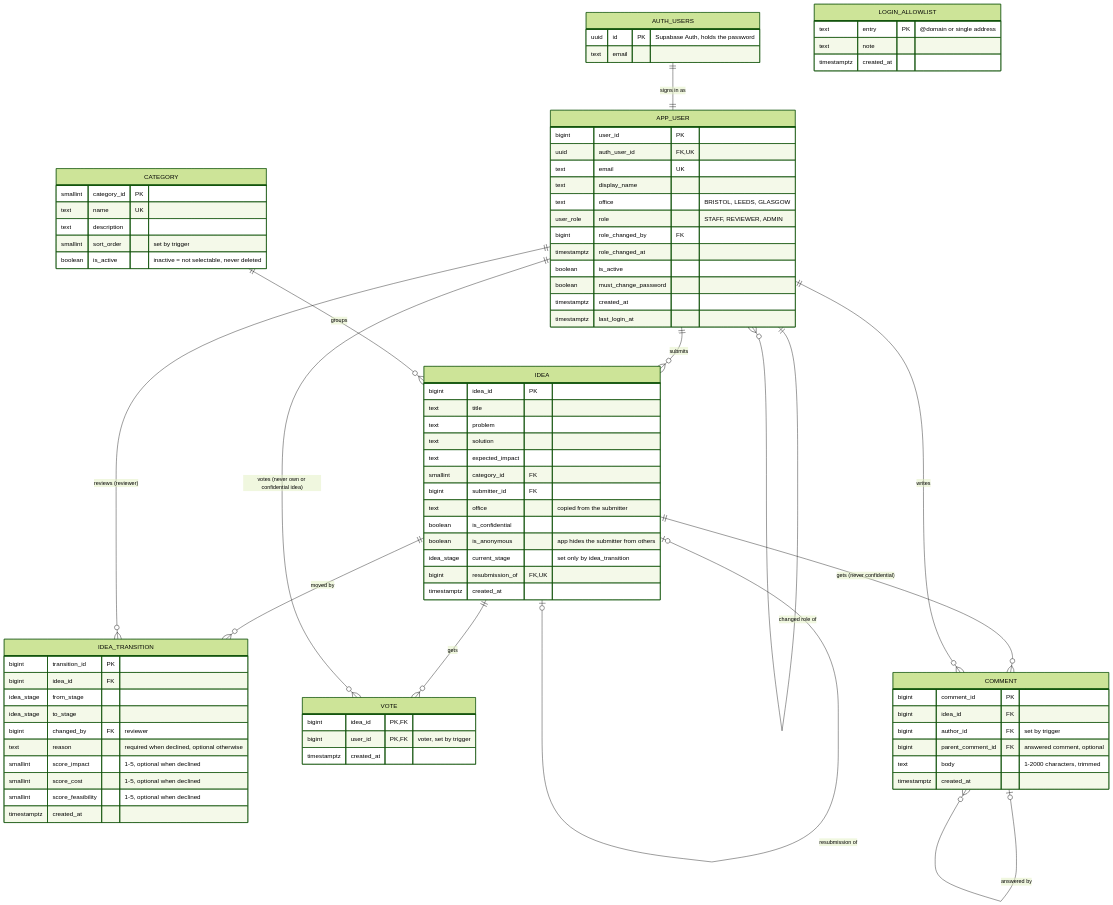
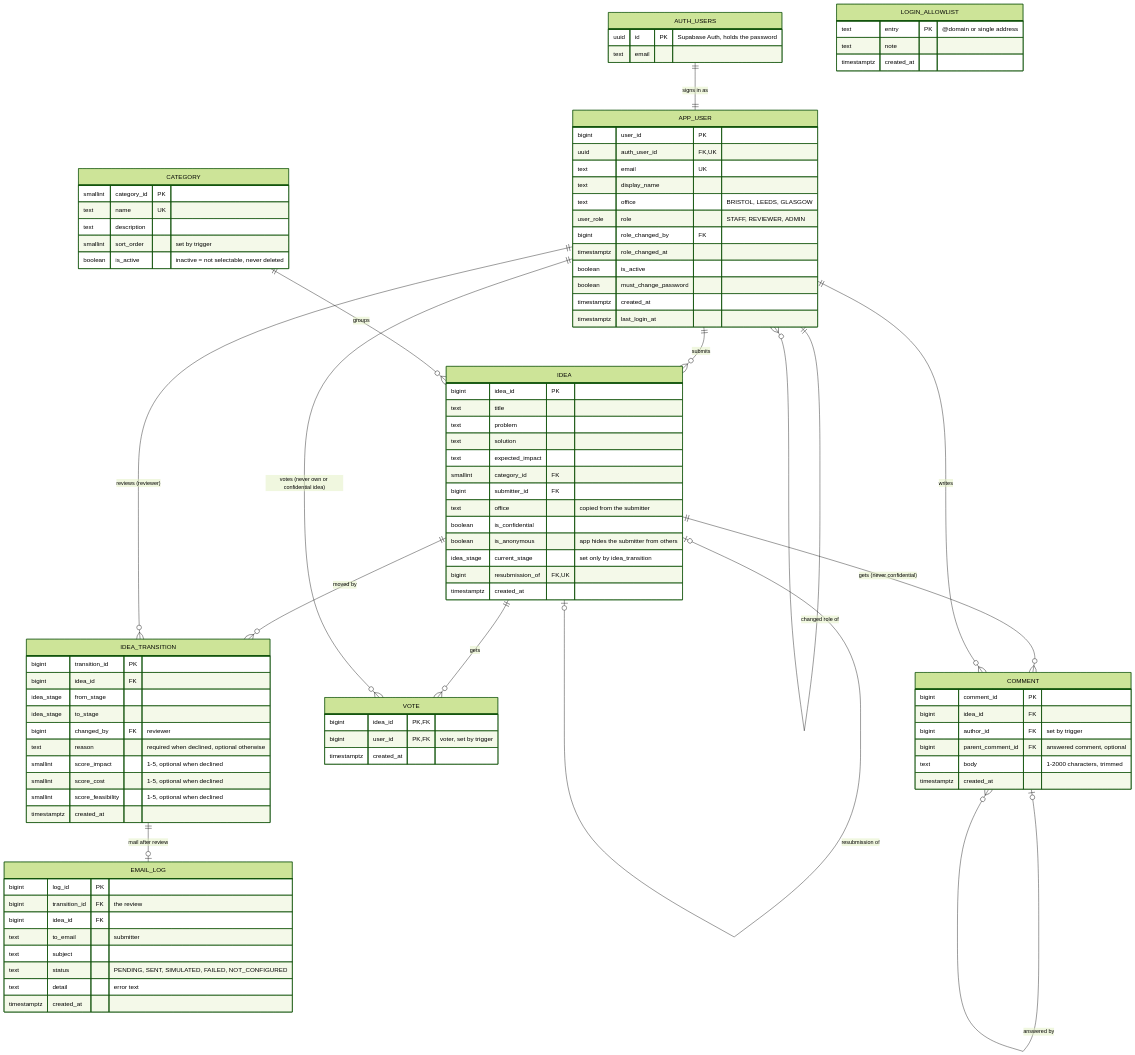
One commit to mistakanista/ideaforge changed the diagram in design/DataModel/Implemented-Datamodel/dataModel.md. Above: the diagram before and after it, drawn with Mermaid (forest theme). The commit also changed 7 other files, not shown here.

````diff
--- a/design/DataModel/Implemented-Datamodel/dataModel.md
+++ b/design/DataModel/Implemented-Datamodel/dataModel.md
@@ -21,6 +21,7 @@
     IDEA ||--o{ COMMENT : "gets (never confidential)"
     APP_USER ||--o{ COMMENT : writes
     COMMENT |o--o{ COMMENT : "answered by"
+    IDEA_TRANSITION ||--o| EMAIL_LOG : "mail after review"
 
     AUTH_USERS {
         uuid id PK "Supabase Auth, holds the password"
@@ -92,4 +93,14 @@
         text body "1-2000 characters, trimmed"
         timestamptz created_at
     }
+    EMAIL_LOG {
+        bigint log_id PK
+        bigint transition_id FK "the review"
+        bigint idea_id FK
+        text to_email "submitter"
+        text subject
+        text status "PENDING, SENT, SIMULATED, FAILED, NOT_CONFIGURED"
+        text detail "error text"
+        timestamptz created_at
+    }
 ```
````
